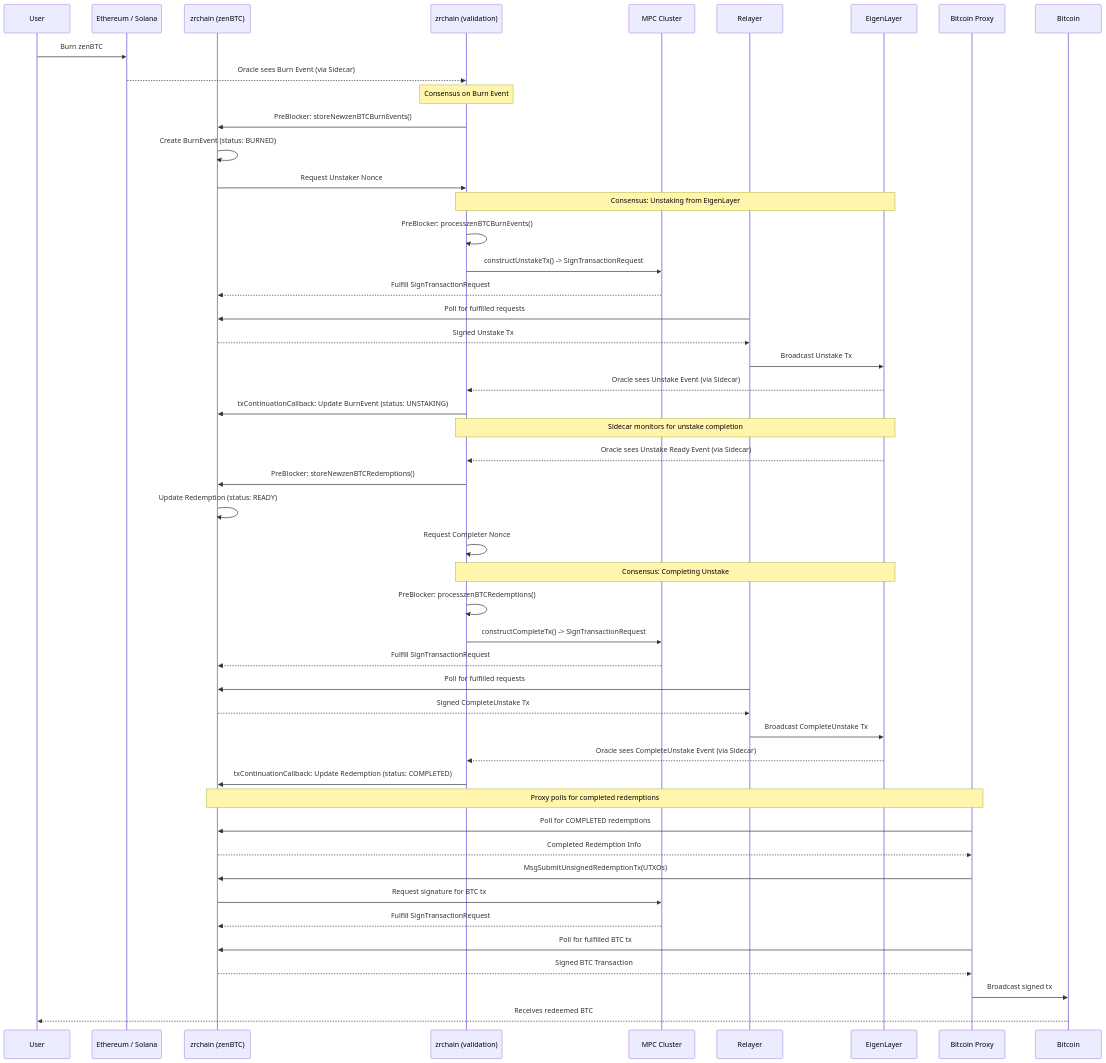
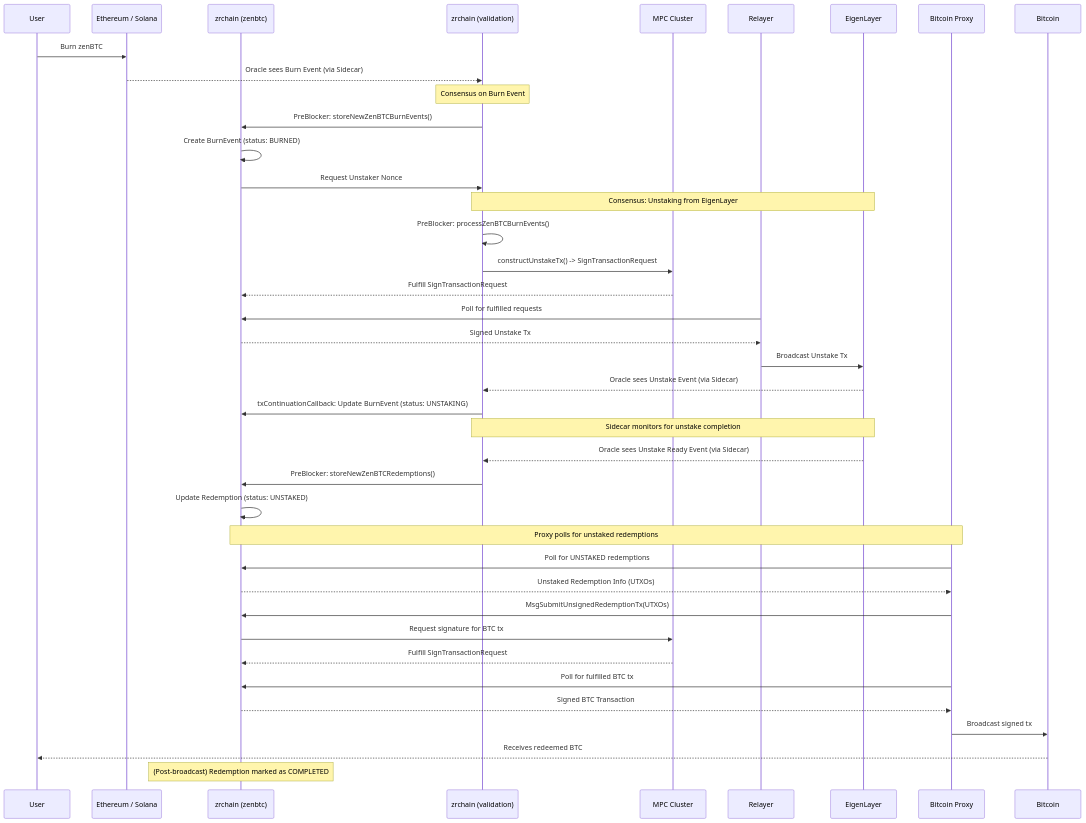
The second of 4 diagrams in docs/README.md (zenrocklabs/zrchain), drawn with Mermaid before and after one commit.

````diff
--- a/docs/README.md
+++ b/docs/README.md
@@ -76,57 +76,48 @@
 ```mermaid
 sequenceDiagram
     participant User
     participant DestinationChain as Ethereum / Solana
-    participant zrchain as zrchain (zenBTC)
+    participant zrchain as zrchain (zenbtc)
     participant zrchain_val as zrchain (validation)
     participant MPC Cluster
     participant Relayer
     participant EigenLayer
     participant Bitcoin Proxy
     participant Bitcoin
 
     User->>DestinationChain: Burn zenBTC
     DestinationChain-->>zrchain_val: Oracle sees Burn Event (via Sidecar)
 
     Note over zrchain_val: Consensus on Burn Event
-    zrchain_val->>zrchain: PreBlocker: storeNewzenBTCBurnEvents()
+    zrchain_val->>zrchain: PreBlocker: storeNewZenBTCBurnEvents()
     zrchain->>zrchain: Create BurnEvent (status: BURNED)
     zrchain->>zrchain_val: Request Unstaker Nonce
 
     Note over zrchain_val,EigenLayer: Consensus: Unstaking from EigenLayer
-    zrchain_val->>zrchain_val: PreBlocker: processzenBTCBurnEvents()
+    zrchain_val->>zrchain_val: PreBlocker: processZenBTCBurnEvents()
     zrchain_val->>MPC Cluster: constructUnstakeTx() -> SignTransactionRequest
     MPC Cluster-->>zrchain: Fulfill SignTransactionRequest
     Relayer->>zrchain: Poll for fulfilled requests
     zrchain-->>Relayer: Signed Unstake Tx
     Relayer->>EigenLayer: Broadcast Unstake Tx
     EigenLayer-->>zrchain_val: Oracle sees Unstake Event (via Sidecar)
     zrchain_val->>zrchain: txContinuationCallback: Update BurnEvent (status: UNSTAKING)
 
     Note over zrchain_val,EigenLayer: Sidecar monitors for unstake completion
     EigenLayer-->>zrchain_val: Oracle sees Unstake Ready Event (via Sidecar)
-    zrchain_val->>zrchain: PreBlocker: storeNewzenBTCRedemptions()
-    zrchain->>zrchain: Update Redemption (status: READY)
-    zrchain_val->>zrchain_val: Request Completer Nonce
+    zrchain_val->>zrchain: PreBlocker: storeNewZenBTCRedemptions()
+    zrchain->>zrchain: Update Redemption (status: UNSTAKED)
 
-    Note over zrchain_val,EigenLayer: Consensus: Completing Unstake
-    zrchain_val->>zrchain_val: PreBlocker: processzenBTCRedemptions()
-    zrchain_val->>MPC Cluster: constructCompleteTx() -> SignTransactionRequest
-    MPC Cluster-->>zrchain: Fulfill SignTransactionRequest
-    Relayer->>zrchain: Poll for fulfilled requests
-    zrchain-->>Relayer: Signed CompleteUnstake Tx
-    Relayer->>EigenLayer: Broadcast CompleteUnstake Tx
-    EigenLayer-->>zrchain_val: Oracle sees CompleteUnstake Event (via Sidecar)
-    zrchain_val->>zrchain: txContinuationCallback: Update Redemption (status: COMPLETED)
-
-    Note over Bitcoin Proxy, zrchain: Proxy polls for completed redemptions
-    Bitcoin Proxy->>zrchain: Poll for COMPLETED redemptions
-    zrchain-->>Bitcoin Proxy: Completed Redemption Info
+    Note over Bitcoin Proxy, zrchain: Proxy polls for unstaked redemptions
+    Bitcoin Proxy->>zrchain: Poll for UNSTAKED redemptions
+    zrchain-->>Bitcoin Proxy: Unstaked Redemption Info (UTXOs)
     Bitcoin Proxy->>zrchain: MsgSubmitUnsignedRedemptionTx(UTXOs)
     zrchain->>MPC Cluster: Request signature for BTC tx
     MPC Cluster-->>zrchain: Fulfill SignTransactionRequest
     Bitcoin Proxy->>zrchain: Poll for fulfilled BTC tx
     zrchain-->>Bitcoin Proxy: Signed BTC Transaction
     Bitcoin Proxy->>Bitcoin: Broadcast signed tx
     Bitcoin-->>User: Receives redeemed BTC
+    
+    Note over zrchain: (Post-broadcast) Redemption marked as COMPLETED
 ```
````
